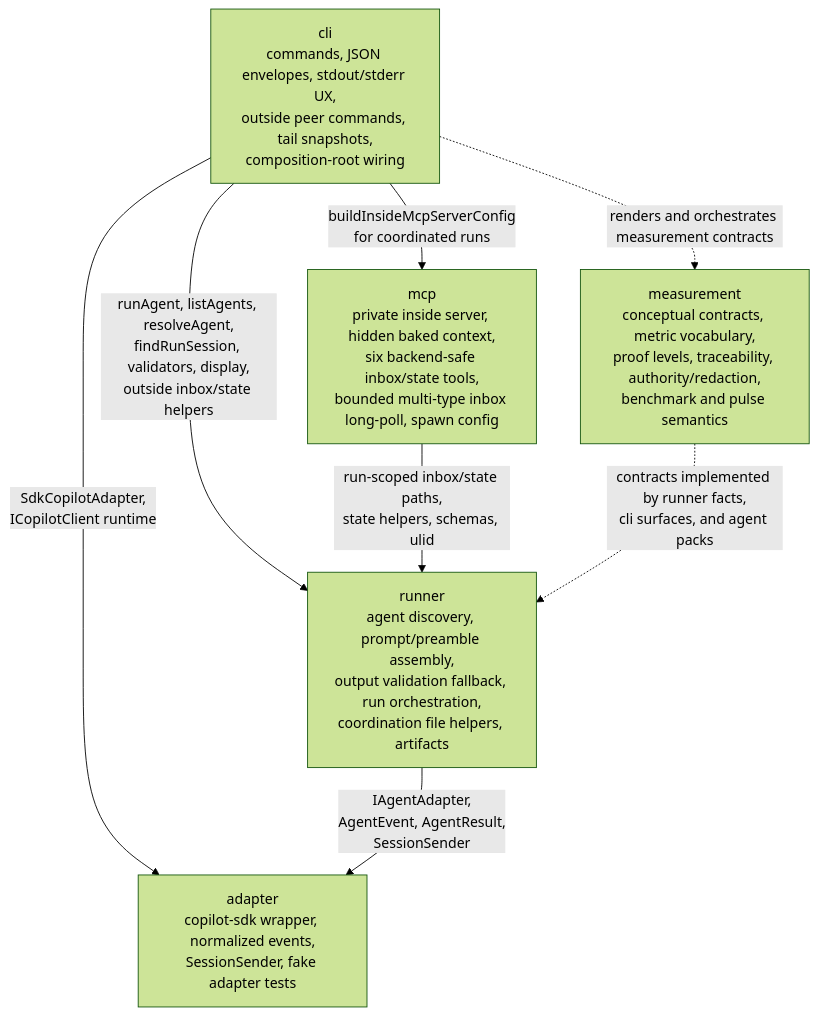
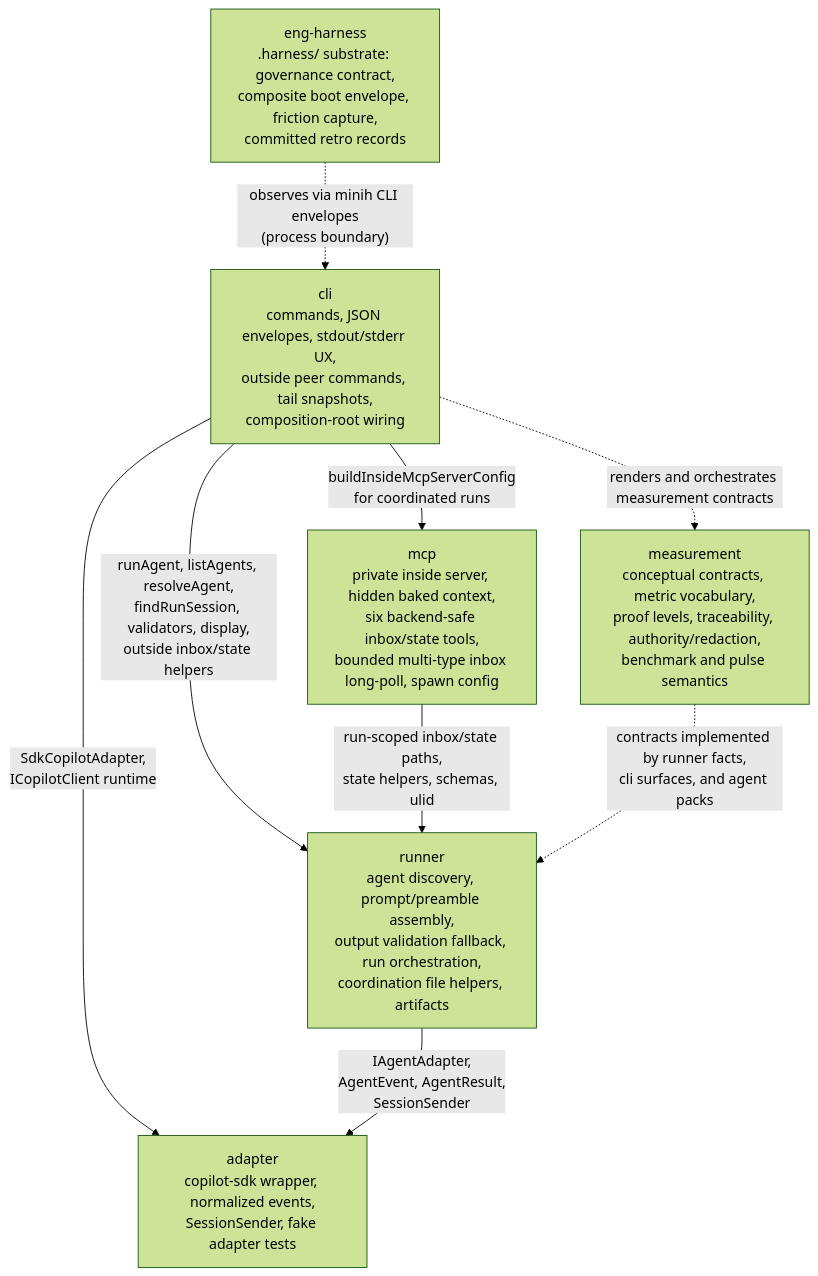
Before and after one commit to AI-Substrate/minih: the diagram in docs/domains/domain-map.md, drawn with Mermaid (forest theme). The commit also changed other lines of this file and 22 other files, not shown here.

First line of the commit message:
chore(harness): adopt harness-core 0.2.0 + register eng-harness domain (plan 024) (#43)

````diff
--- a/docs/domains/domain-map.md
+++ b/docs/domains/domain-map.md
@@ -3,16 +3,18 @@
 ```mermaid
 flowchart TD
     cli["cli<br/>commands, JSON envelopes, stdout/stderr UX,<br/>outside peer commands, tail snapshots,<br/>composition-root wiring"]
     runner["runner<br/>agent discovery, prompt/preamble assembly,<br/>output validation fallback, run orchestration,<br/>coordination file helpers, artifacts"]
     mcp["mcp<br/>private inside server, hidden baked context,<br/>six backend-safe inbox/state tools,<br/>bounded multi-type inbox long-poll, spawn config"]
     adapter["adapter<br/>copilot-sdk wrapper, normalized events,<br/>SessionSender, fake adapter tests"]
     measurement["measurement<br/>conceptual contracts, metric vocabulary,<br/>proof levels, traceability, authority/redaction,<br/>benchmark and pulse semantics"]
+    eng_harness["eng-harness<br/>.harness/ substrate: governance contract,<br/>composite boot envelope, friction capture,<br/>committed retro records"]
 
     cli -- "runAgent, listAgents, resolveAgent,<br/>findRunSession, validators, display,<br/>outside inbox/state helpers" --> runner
     cli -- "buildInsideMcpServerConfig<br/>for coordinated runs" --> mcp
     cli -- "SdkCopilotAdapter,<br/>ICopilotClient runtime" --> adapter
     mcp -- "run-scoped inbox/state paths,<br/>state helpers, schemas, ulid" --> runner
     runner -- "IAgentAdapter,<br/>AgentEvent, AgentResult,<br/>SessionSender" --> adapter
     measurement -. "contracts implemented by runner facts,<br/>cli surfaces, and agent packs" .-> runner
     cli -. "renders and orchestrates measurement contracts" .-> measurement
+    eng_harness -. "observes via minih CLI envelopes<br/>(process boundary)" .-> cli
 ```
````
